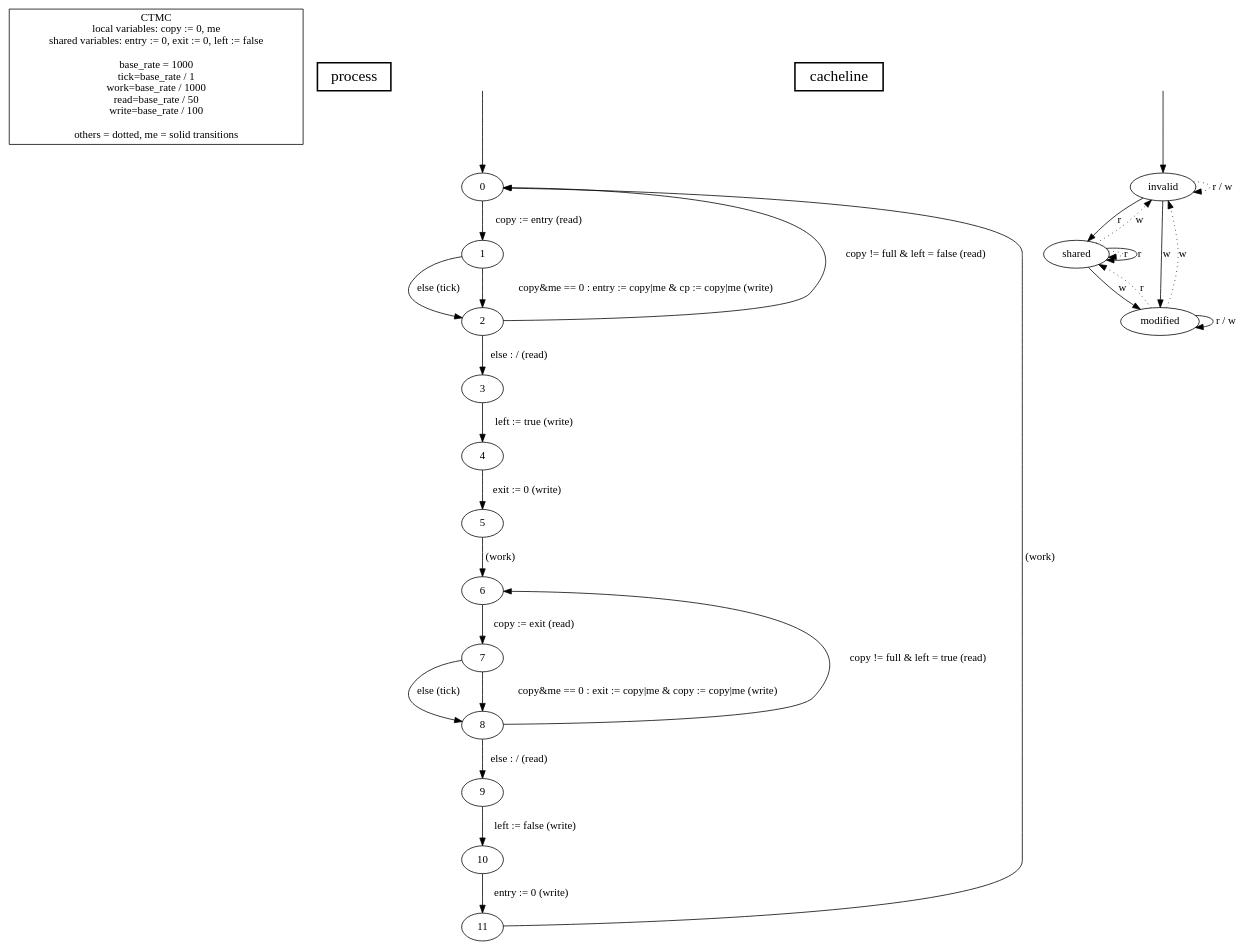
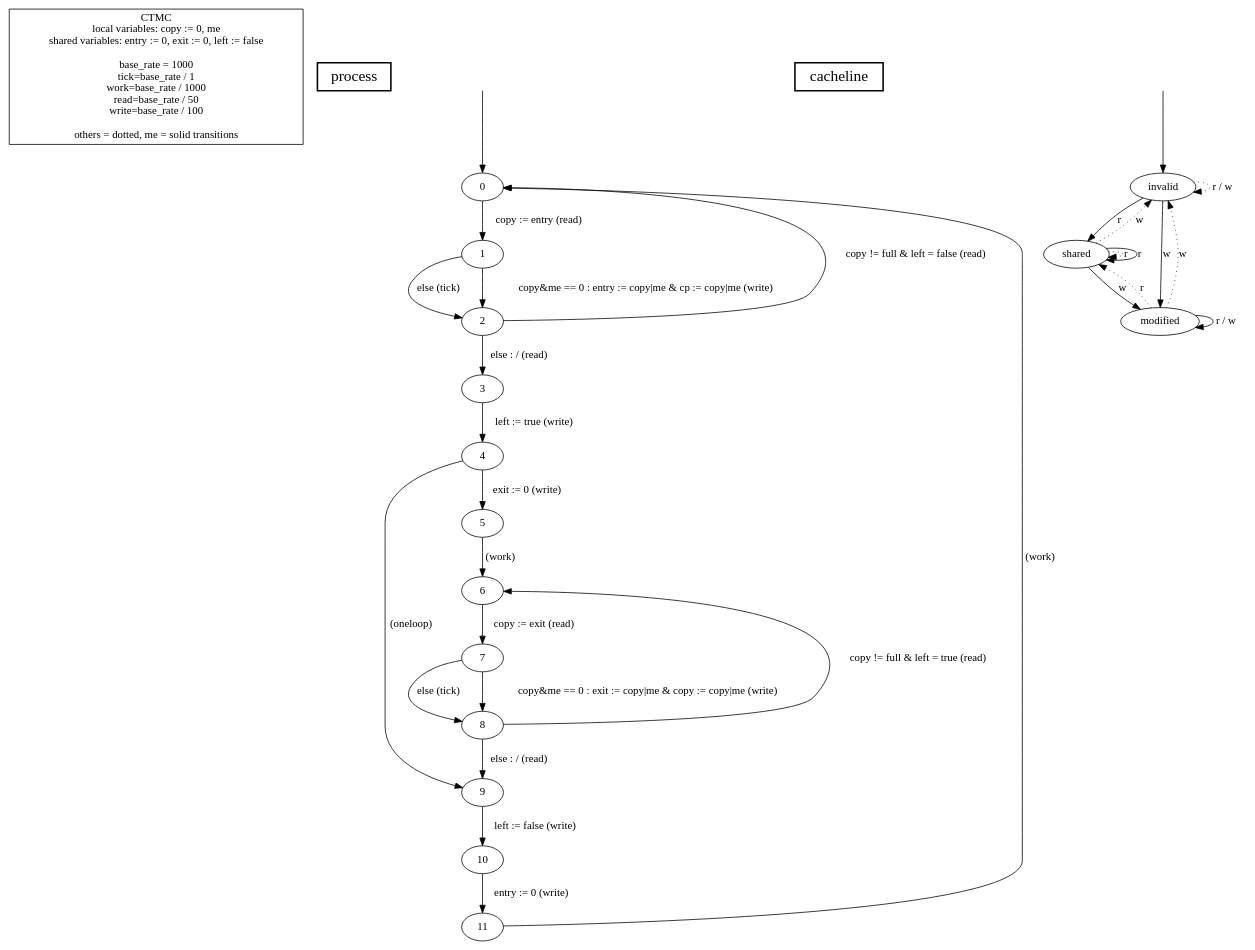
The diagram in models/prism/ctmc/with-cache/model.dot (hydroo/minor-thesis-barriers), drawn with Graphviz before and after one commit. The commit also changed 1 other file, not shown here.

```diff
--- a/models/prism/ctmc/with-cache/model.dot
+++ b/models/prism/ctmc/with-cache/model.dot
@@ -1,53 +1,54 @@
 digraph {
 
 	"CTMC\nlocal variables: copy := 0, me\nshared variables: entry := 0, exit := 0, left := false\n\nbase_rate = 1000\ntick=base_rate / 1\nwork=base_rate / 1000\nread=base_rate / 50\nwrite=base_rate / 100\n\nothers = dotted, me = solid transitions" [nojustify=true, shape=box]
 
 	"process" [nojustify=true, shape=box, style=bold, fontsize=20]
 
 	initial_state_source [style=invis]
 
 	// process
 
 	initial_state_source -> "0"
 
 	"0"  -> "1"  [weight=10, label="copy := entry (read)"]
 	"1"  -> "2"  [label="else (tick)"]
 	"1"  -> "2"  [weight=10, label="copy&me == 0 : entry := copy|me & cp := copy|me (write)"]
 
 	"2"  -> "0"  [label="copy != full & left = false (read)"]
 	"2"  -> "3"  [weight=10, label="else : / (read)"]
 	"3"  -> "4"  [weight=10, label="left := true (write)"]
+	"4"  -> "9"  [label="(oneloop)"]
 	"4"  -> "5"  [weight=10, label="exit := 0 (write)"]
 
 	"5"  -> "6"  [weight=10, label="(work)"]
 
 	"6"  -> "7"  [weight=10, label="copy := exit (read)"]
 	"7" -> "8"   [label="else (tick)"]
 	"7" -> "8"   [weight=10, label="copy&me == 0 : exit := copy|me & copy := copy|me (write)"]
 
 	"8" -> "6"   [label="copy != full & left = true (read)"]
 	"8" -> "9"   [weight=10, label="else : / (read)"]
 	"9" -> "10"  [weight=10, label="left := false (write)"]
 	"10" -> "11" [weight=10, label="entry := 0 (write)"]
 
 	"11" -> "0"  [label="(work)"]
 
 	// cacheline
 	"cacheline" [nojustify=true, shape=box, style=bold, fontsize=20]
 
 	initial_state_source2 [style=invis]
 	initial_state_source2 -> "invalid"
 
 	"invalid"  -> "invalid"  [label="r / w", style=dotted]
 	"invalid"  -> "shared"   [label="r"]
 	"invalid"  -> "modified" [label="w"]
 
 	"shared"   -> "shared"   [label="r", style=dotted]
 	"shared"   -> "invalid"  [label="w", style=dotted]
 	"shared"   -> "shared"   [label="r"]
 	"shared"   -> "modified" [label="w"]
 
 	"modified" -> "shared"   [label="r", style=dotted]
 	"modified" -> "invalid"  [label="w", style=dotted]
 	"modified" -> "modified" [label="r / w"]
 }
```
